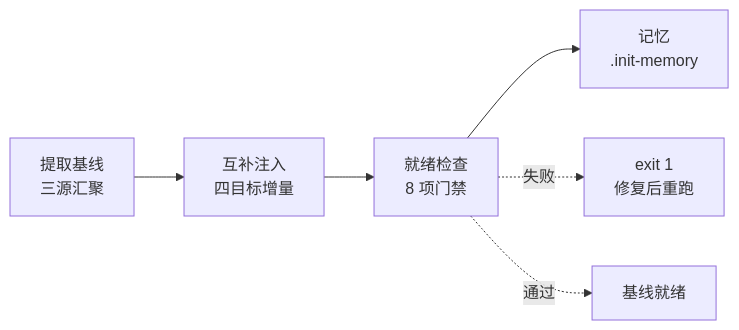
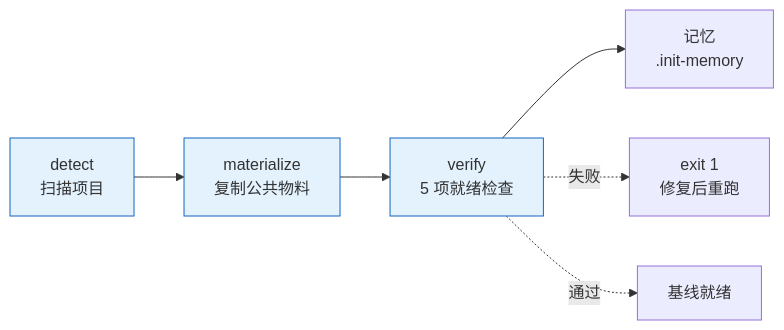
Before and after one commit to effiy/YrY: the second of 2 diagrams in skills/rui/SKILL.md, drawn with Mermaid. The commit also changed other lines of this file and 15 other files, not shown here.

````diff
--- a/skills/rui/SKILL.md
+++ b/skills/rui/SKILL.md
@@ -89,6 +88,7 @@
 ```mermaid
 flowchart LR
-    P1[提取基线<br/>三源汇聚] --> P2[互补注入<br/>四目标增量] --> P3[就绪检查<br/>8 项门禁] --> P4[记忆<br/>.init-memory]
+    P1[detect<br/>扫描项目]:::s --> P2[materialize<br/>复制公共物料]:::s --> P3[verify<br/>5 项就绪检查]:::s --> P4[记忆<br/>.init-memory]
     P3 -.失败.-> Fix[exit 1<br/>修复后重跑]
     P3 -.通过.-> Ready[基线就绪]
+    classDef s fill:#e3f2fd,stroke:#1565c0;
 ```
````
